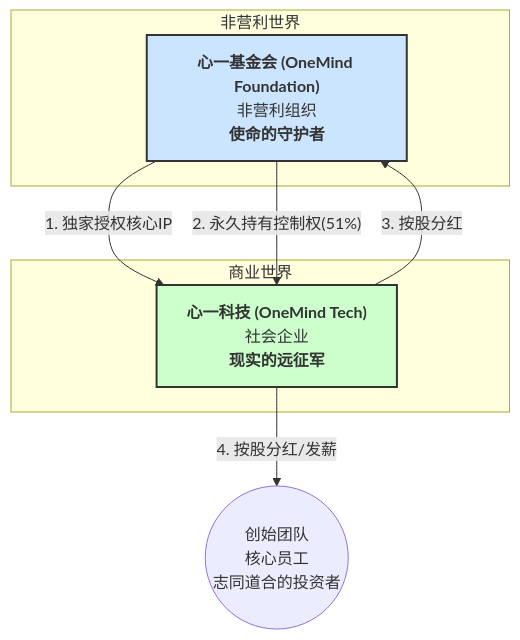
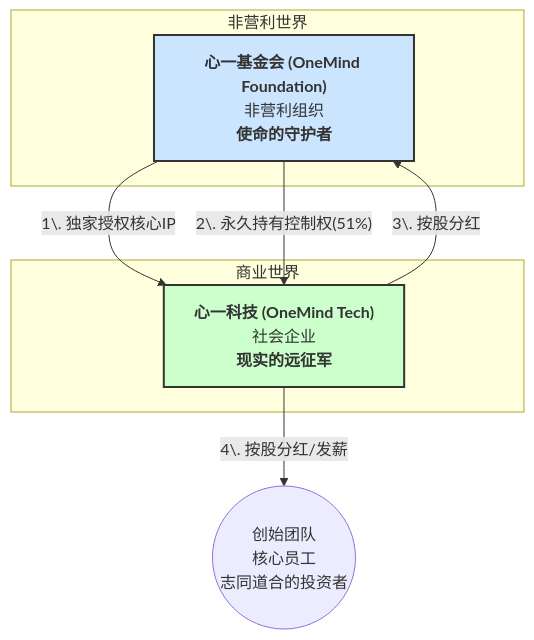
Before and after one commit to rainbow-loong/OneMind: the diagram in doc/治理架构与顶层设计.md, drawn with Mermaid.

````diff
--- a/doc/治理架构与顶层设计.md
+++ b/doc/治理架构与顶层设计.md
@@ -24,18 +24,18 @@
 ```mermaid
 graph TD
     subgraph "非营利世界"
         A["<b>心一基金会 (OneMind Foundation)</b><br>非营利组织<br><b>使命的守护者</b>"]
     end
 
     subgraph "商业世界"
         B["<b>心一科技 (OneMind Tech)</b><br>社会企业<br><b>现实的远征军</b>"]
     end
 
-    A -->|"1. 独家授权核心IP"| B
-    A -->|"2. 永久持有控制权(51%)"| B
-    B -->|"3. 按股分红"| A
-    B -->|"4. 按股分红/发薪"| C((创始团队<br>核心员工<br>志同道合的投资者))
+    A -- "1\. 独家授权核心IP" --> B
+    A -- "2\. 永久持有控制权(51%)" --> B
+    B -- "3\. 按股分红" --> A
+    B -- "4\. 按股分红/发薪" --> C((创始团队<br>核心员工<br>志同道合的投资者))
 
     style A fill:#cce5ff,stroke:#333,stroke-width:2px
     style B fill:#ccffcc,stroke:#333,stroke-width:2px
 ```
````
